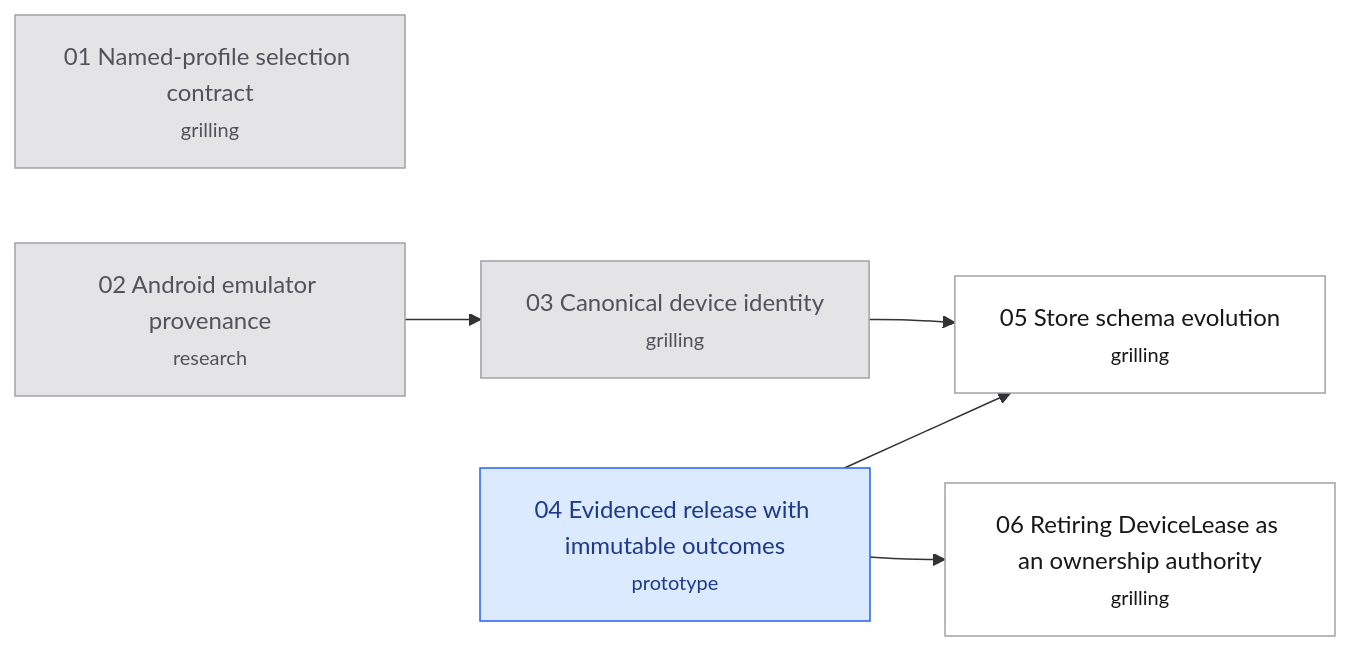
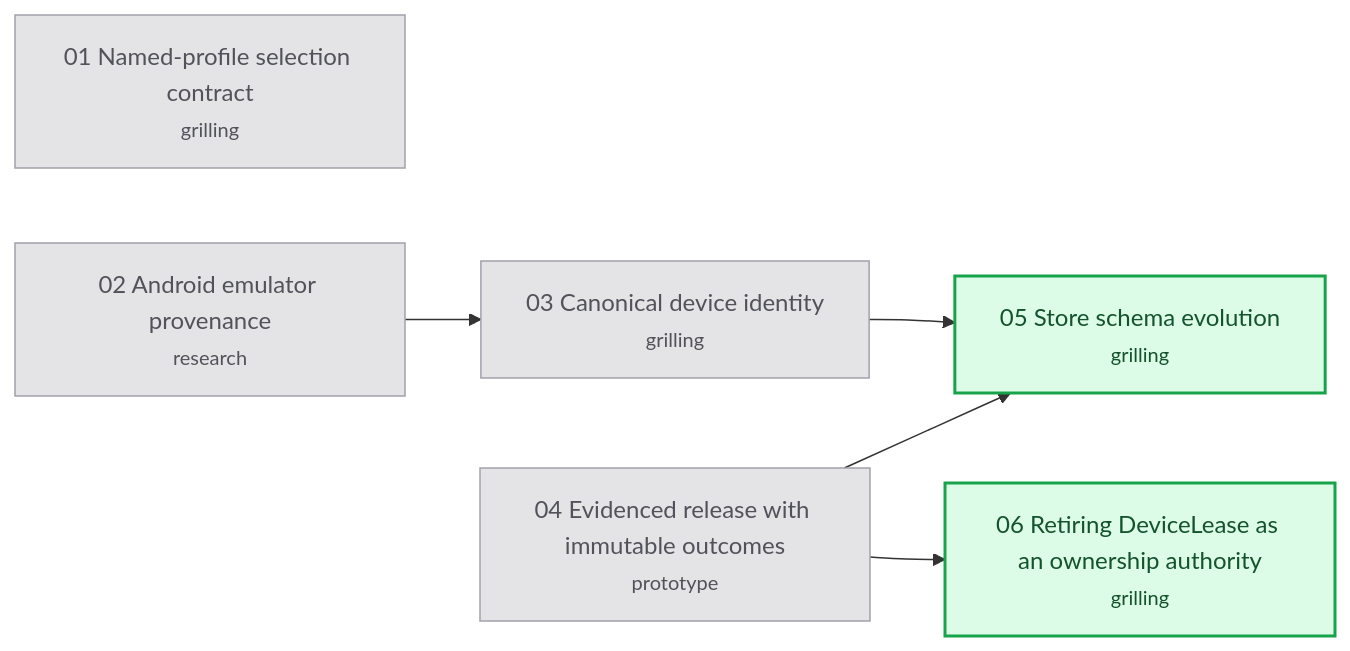
One commit to hugues-vnsgn/jev-ios-bridge changed the diagram in .scratch/appium-phase2/map.md. Above: the diagram before and after it, drawn with Mermaid. The commit also changed other lines of this file and 5 other files, not shown here.

````diff
--- a/.scratch/appium-phase2/map.md
+++ b/.scratch/appium-phase2/map.md
@@ -40,20 +41,19 @@
 ```mermaid
 flowchart LR
     T01["01 Named-profile selection contract<br/><small>grilling</small>"]
     T02["02 Android emulator provenance<br/><small>research</small>"]
     T03["03 Canonical device identity<br/><small>grilling</small>"]
     T04["04 Evidenced release with immutable outcomes<br/><small>prototype</small>"]
     T05["05 Store schema evolution<br/><small>grilling</small>"]
     T06["06 Retiring DeviceLease as an ownership authority<br/><small>grilling</small>"]
     T02 --> T03
     T03 --> T05
     T04 --> T05
     T04 --> T06
     classDef resolved fill:#e4e4e7,stroke:#a1a1aa,color:#52525b
     classDef claimed fill:#dbeafe,stroke:#2563eb,color:#1e3a8a
     classDef frontier fill:#dcfce7,stroke:#16a34a,color:#14532d,stroke-width:2px
     classDef blocked fill:#ffffff,stroke:#a1a1aa,color:#18181b
-    class T01,T02,T03 resolved
-    class T04 claimed
-    class T05,T06 blocked
+    class T01,T02,T03,T04 resolved
+    class T05,T06 frontier
 ```
````
